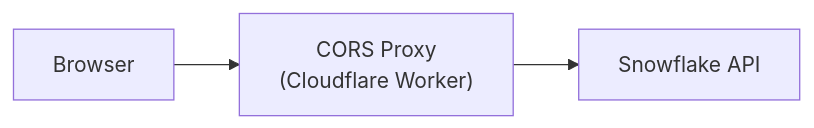
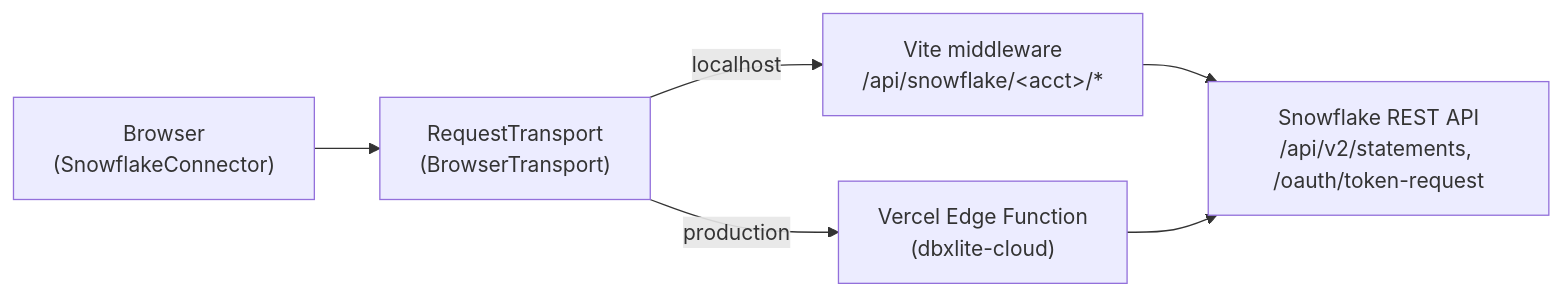
One commit to hfmsio/dbxlite changed the seventh of 9 diagrams in docs/ARCHITECTURE.md. Above: the diagram before and after it, drawn with Mermaid. The commit also changed other lines of this file and 154 other files, not shown here.

First line of the commit message:
release: v0.3.0 - Snowflake connector + AI SQL assistant

````diff
--- a/docs/ARCHITECTURE.md
+++ b/docs/ARCHITECTURE.md
@@ -591,5 +241,8 @@
 ```mermaid
 flowchart LR
-    Browser["Browser"] --> Proxy["CORS Proxy<br/>(Cloudflare Worker)"]
-    Proxy --> Snowflake["Snowflake API"]
+    Browser["Browser<br/>(SnowflakeConnector)"] --> Transport["RequestTransport<br/>(BrowserTransport)"]
+    Transport -->|localhost| Vite["Vite middleware<br/>/api/snowflake/&lt;acct&gt;/*"]
+    Transport -->|production| Edge["Vercel Edge Function<br/>(dbxlite-cloud)"]
+    Vite --> SF["Snowflake REST API<br/>/api/v2/statements, /oauth/token-request"]
+    Edge --> SF
 ```
````
